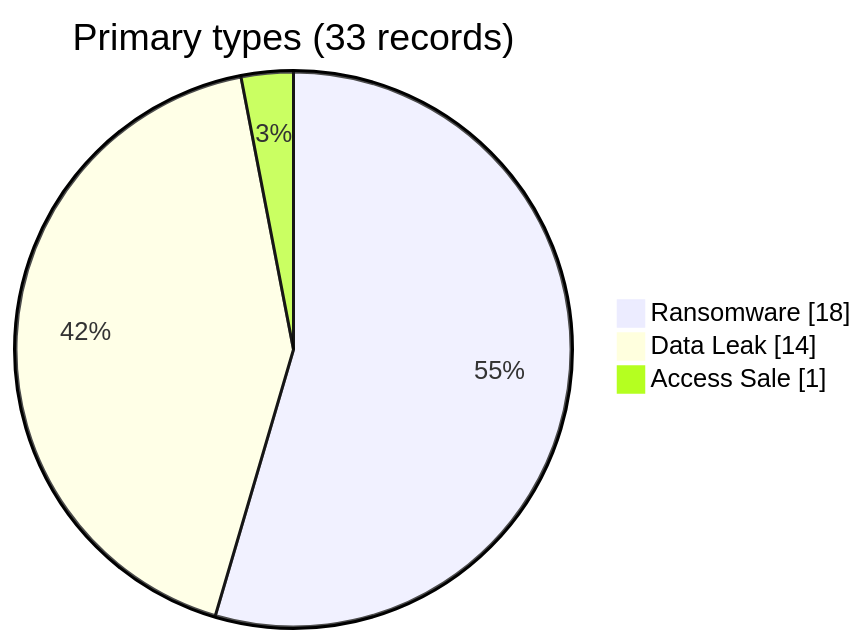
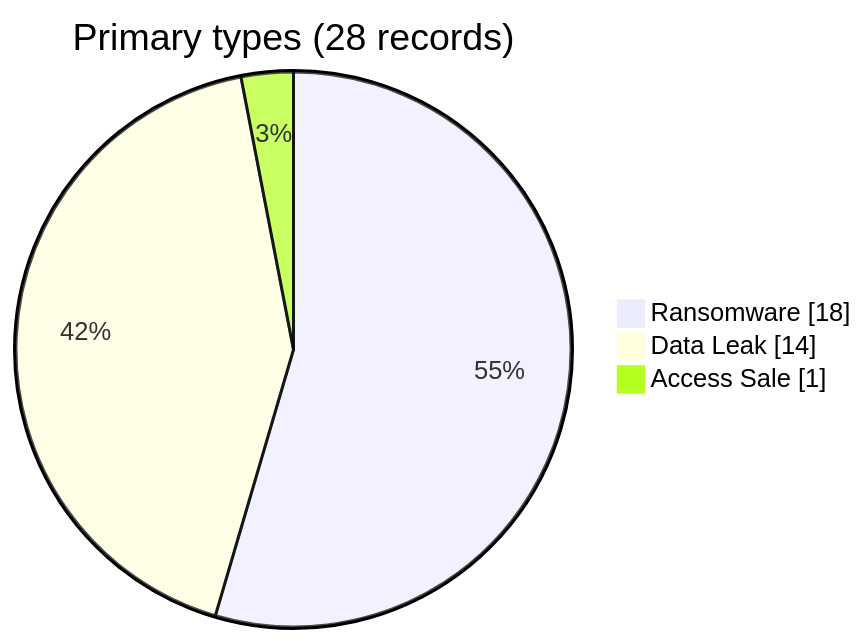
One commit to Hatchepsoute/AFRINTEL changed the diagram in visual-intelligence/08-august/ransomware-vs-leaks_august_2026.md. Above: the diagram before and after it, drawn with Mermaid. The commit also changed 120 other files, not shown here.

````diff
--- a/visual-intelligence/08-august/ransomware-vs-leaks_august_2026.md
+++ b/visual-intelligence/08-august/ransomware-vs-leaks_august_2026.md
@@ -3,7 +3,7 @@
 ```mermaid
 pie showData
-    title Primary types (33 records)
+    title Primary types (28 records)
     "Ransomware" : 18
     "Data Leak" : 14
     "Access Sale" : 1
 ```
````
